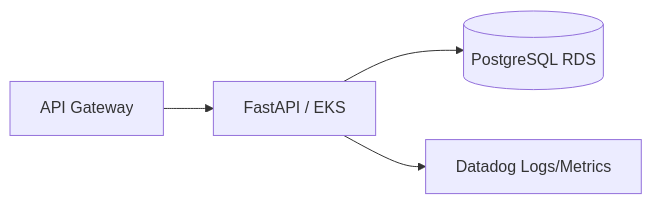
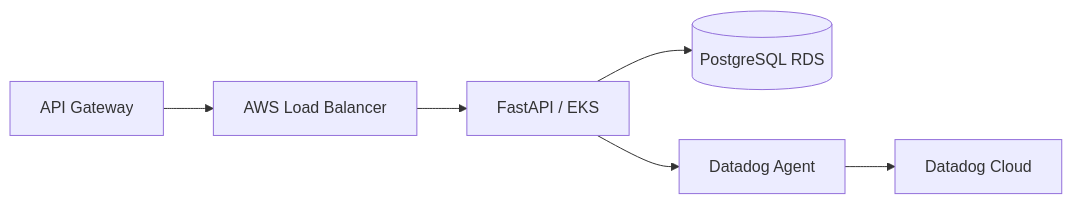
The diagram in README.md (YasminLuna/oficina-api), drawn with Mermaid before and after one commit. The commit also changed other lines of this file, not shown here.

````diff
--- a/README.md
+++ b/README.md
@@ -6,6 +11,8 @@
 ```mermaid
-graph LR
-  GW[API Gateway] --> API[FastAPI / EKS]
+flowchart LR
+  GW[API Gateway] --> LB[AWS Load Balancer]
+  LB --> API[FastAPI / EKS]
   API --> RDS[(PostgreSQL RDS)]
-  API --> DD[Datadog Logs/Metrics]
+  API --> DD[Datadog Agent]
+  DD --> DDC[Datadog Cloud]
 ```
````
